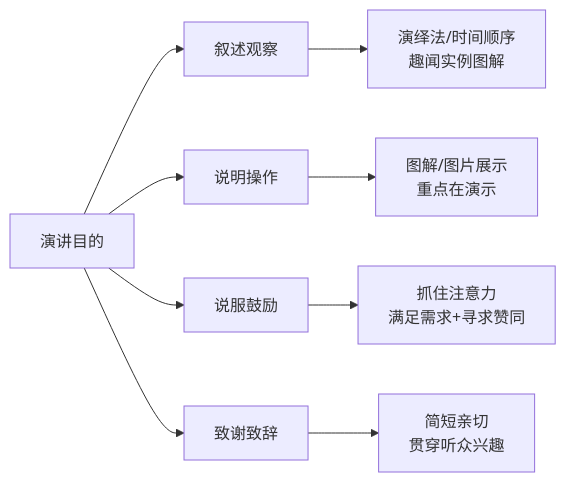
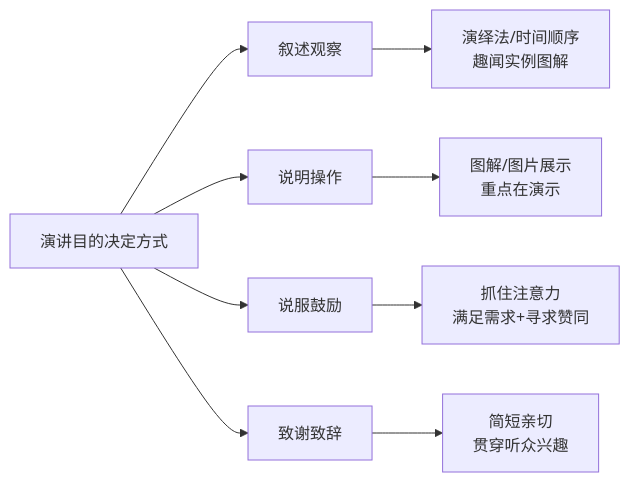
Before and after one commit to chongyang211/YCBookBlog: the second of 12 diagrams in 10.自我进阶提升书/06.语言沟通的演进/6.7公众演讲的提升.md, drawn with Mermaid. The commit also changed other lines of this file and 8 other files, not shown here.

````diff
--- a/10.自我进阶提升书/06.语言沟通的演进/6.7公众演讲的提升.md
+++ b/10.自我进阶提升书/06.语言沟通的演进/6.7公众演讲的提升.md
@@ -44,11 +59,11 @@
 ```mermaid
 graph LR
-    A[演讲目的] --> B[叙述观察]
+    A[演讲目的决定方式] --> B[叙述观察]
     A --> C[说明操作]
     A --> D[说服鼓励]
     A --> E[致谢致辞]
     B --> B1[演绎法/时间顺序<br>趣闻实例图解]
     C --> C1[图解/图片展示<br>重点在演示]
     D --> D1[抓住注意力<br>满足需求+寻求赞同]
     E --> E1[简短亲切<br>贯穿听众兴趣]
 ```
````
